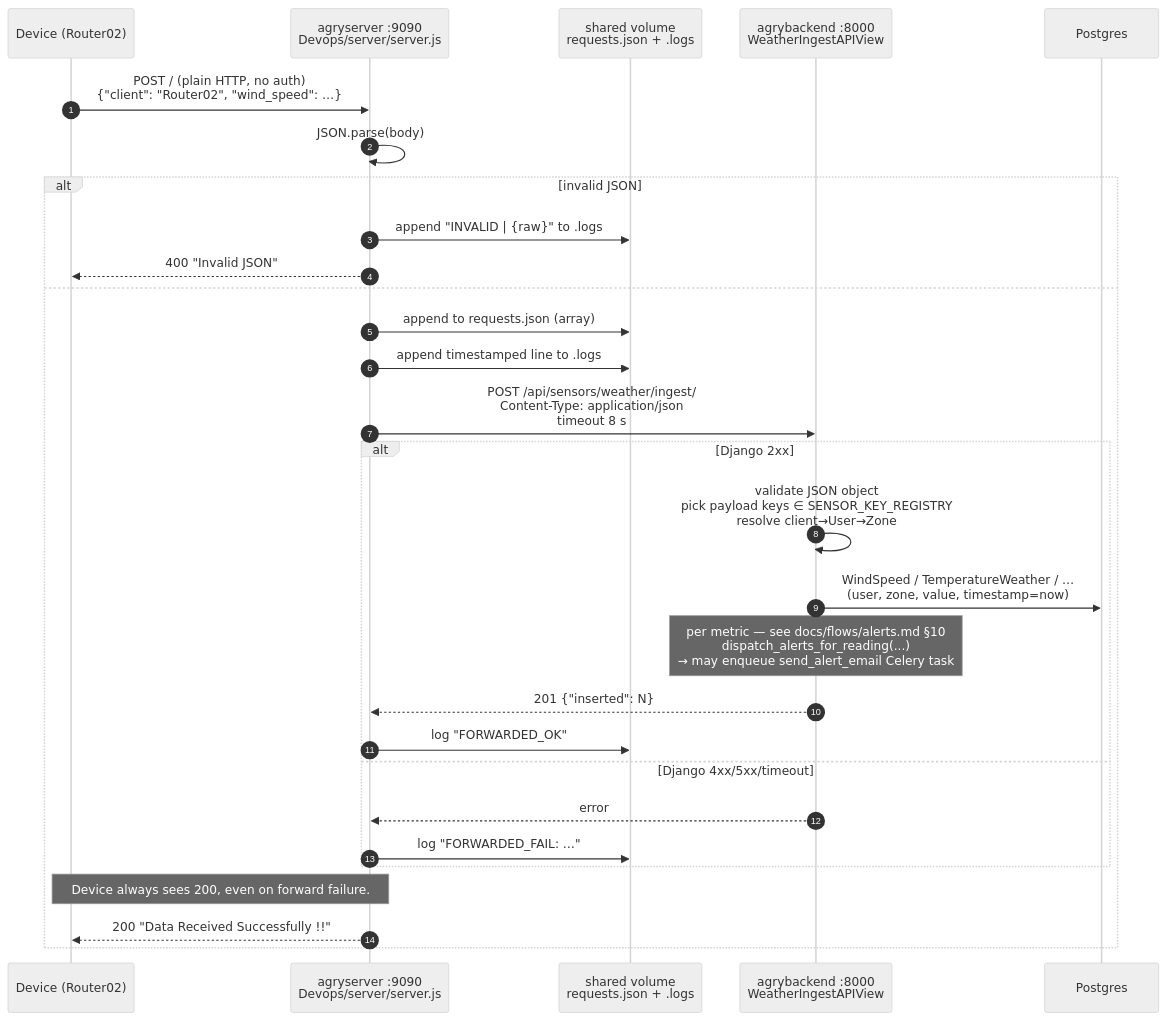
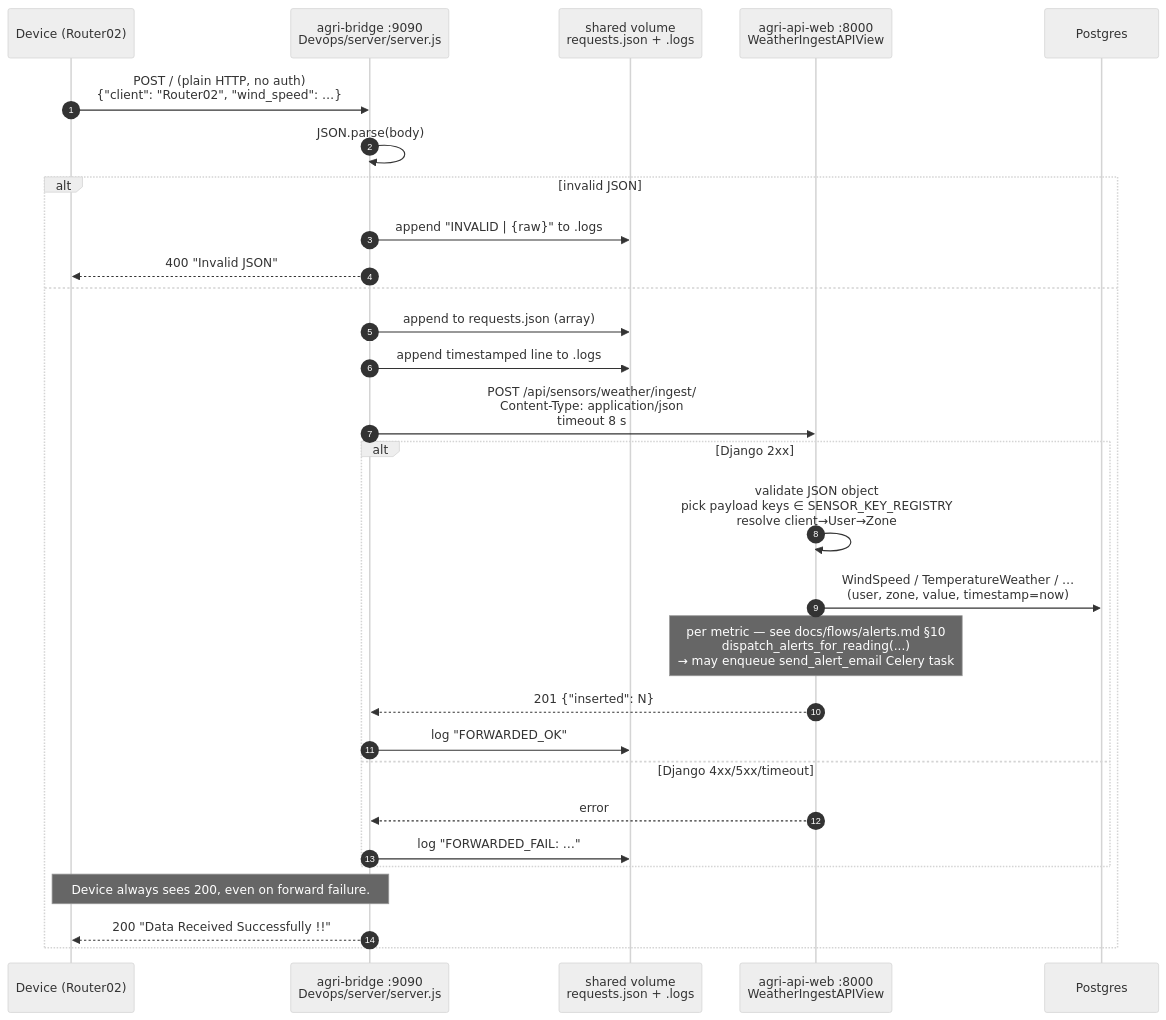
Before and after one commit to AgriLogy/agri-api: the second of 3 diagrams in docs/flows/data-ingestion.md, drawn with Mermaid (neutral theme). The commit also changed other lines of this file and 9 other files, not shown here.

First line of the commit message:
chore: rename agrilogy-back → agri-api (folder + image tag)

````diff
--- a/docs/flows/data-ingestion.md
+++ b/docs/flows/data-ingestion.md
@@ -65,32 +65,32 @@
 ```mermaid
 sequenceDiagram
   autonumber
   participant Dev as Device (Router02)
-  participant Node as agryserver :9090<br/>Devops/server/server.js
+  participant Node as agri-bridge :9090<br/>Devops/server/server.js
   participant FS as shared volume<br/>requests.json + .logs
-  participant Dj as agrybackend :8000<br/>WeatherIngestAPIView
+  participant Dj as agri-api-web :8000<br/>WeatherIngestAPIView
   participant PG as Postgres
 
   Dev->>Node: POST / (plain HTTP, no auth)<br/>{"client": "Router02", "wind_speed": …}
   Node->>Node: JSON.parse(body)
   alt invalid JSON
     Node->>FS: append "INVALID | {raw}" to .logs
     Node-->>Dev: 400 "Invalid JSON"
   else
     Node->>FS: append to requests.json (array)
     Node->>FS: append timestamped line to .logs
     Node->>Dj: POST /api/sensors/weather/ingest/<br/>Content-Type: application/json<br/>timeout 8 s
     alt Django 2xx
       Dj->>Dj: validate JSON object<br/>pick payload keys ∈ SENSOR_KEY_REGISTRY<br/>resolve client→User→Zone
       Dj->>PG: WindSpeed / TemperatureWeather / …<br/>(user, zone, value, timestamp=now)
       Note over Dj: per metric — see docs/flows/alerts.md §10<br/>dispatch_alerts_for_reading(...)<br/>→ may enqueue send_alert_email Celery task
       Dj-->>Node: 201 {"inserted": N}
       Node->>FS: log "FORWARDED_OK"
     else Django 4xx/5xx/timeout
       Dj-->>Node: error
       Node->>FS: log "FORWARDED_FAIL: …"
     end
     Note over Node,Dev: Device always sees 200, even on forward failure.
     Node-->>Dev: 200 "Data Received Successfully !!"
   end
 ```
````
